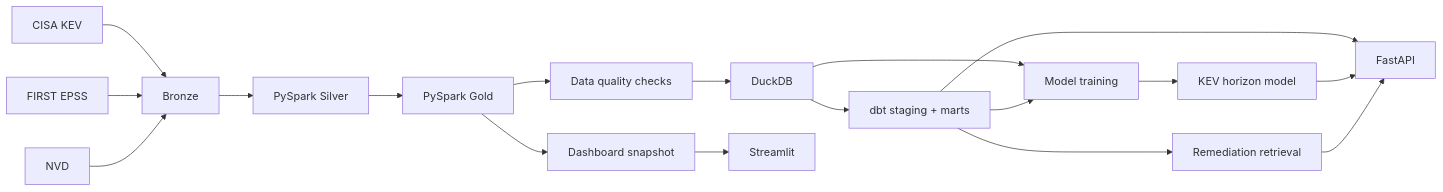
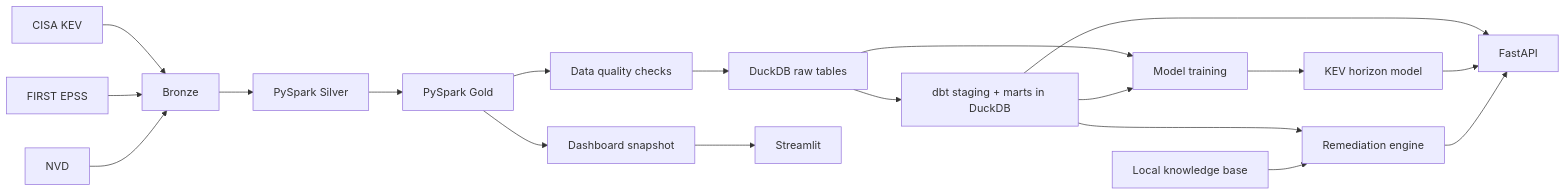
The diagram in README.md (momo840505/cyber-risk-intelligence-lakehouse), drawn with Mermaid before and after one commit.

Commit message:
Clarify runtime data flow in architecture diagram

````diff
--- a/README.md
+++ b/README.md
@@ -14,27 +14,28 @@
 ```mermaid
 flowchart LR
     A[CISA KEV] --> D[Bronze]
     B[FIRST EPSS] --> D
     C[NVD] --> D
 
     D --> E[PySpark Silver]
     E --> F[PySpark Gold]
 
     F --> G[Data quality checks]
-    G --> H[DuckDB]
+    G --> H[DuckDB raw tables]
 
-    H --> I[dbt staging + marts]
+    H --> I[dbt staging + marts in DuckDB]
 
     H --> J[Model training]
     I --> J
     J --> K[KEV horizon model]
 
-    I --> L[Remediation retrieval]
+    I --> L[Remediation engine]
+    Q[Local knowledge base] --> L
 
     I --> M[FastAPI]
     K --> M
     L --> M
 
     F --> N[Dashboard snapshot]
     N --> O[Streamlit]
 ```
````
